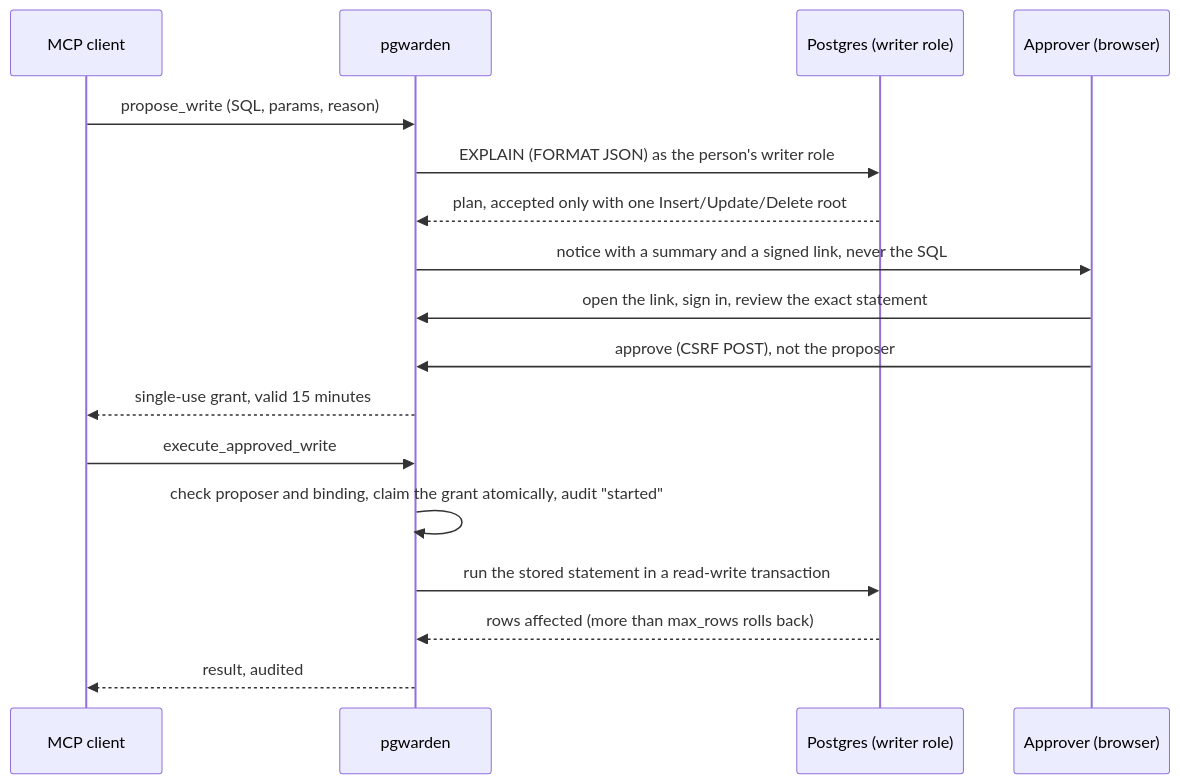
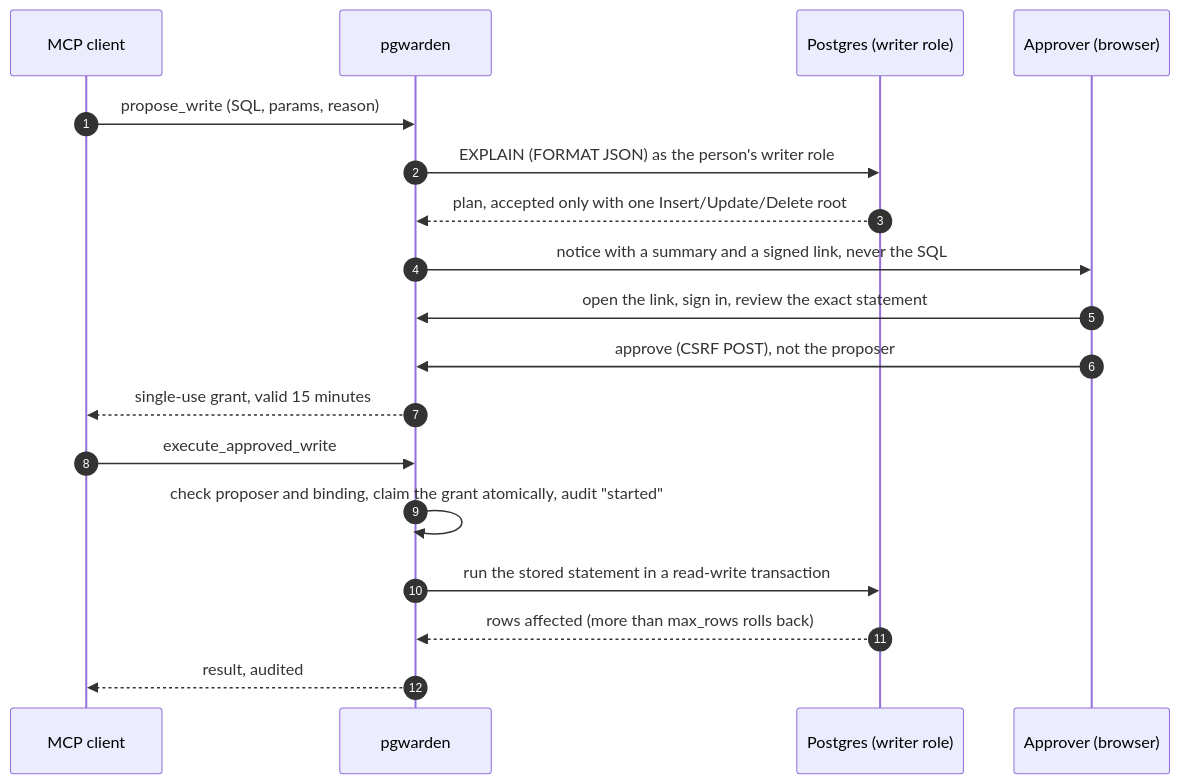
One commit to B0yko/pgwarden changed the third of 3 diagrams in README.md. Above: the diagram before and after it, drawn with Mermaid. The commit also changed other lines of this file and 2 other files, not shown here.

````diff
--- a/README.md
+++ b/README.md
@@ -158,19 +200,20 @@
 ```mermaid
 sequenceDiagram
+    autonumber
     participant Client as MCP client
     participant pgwarden
     participant DB as Postgres (writer role)
     participant Approver as Approver (browser)
     Client->>pgwarden: propose_write (SQL, params, reason)
     pgwarden->>DB: EXPLAIN (FORMAT JSON) as the person's writer role
     DB-->>pgwarden: plan, accepted only with one Insert/Update/Delete root
     pgwarden->>Approver: notice with a summary and a signed link, never the SQL
     Approver->>pgwarden: open the link, sign in, review the exact statement
     Approver->>pgwarden: approve (CSRF POST), not the proposer
     pgwarden-->>Client: single-use grant, valid 15 minutes
     Client->>pgwarden: execute_approved_write
     pgwarden->>pgwarden: check proposer and binding, claim the grant atomically, audit "started"
     pgwarden->>DB: run the stored statement in a read-write transaction
     DB-->>pgwarden: rows affected (more than max_rows rolls back)
     pgwarden-->>Client: result, audited
 ```
````
